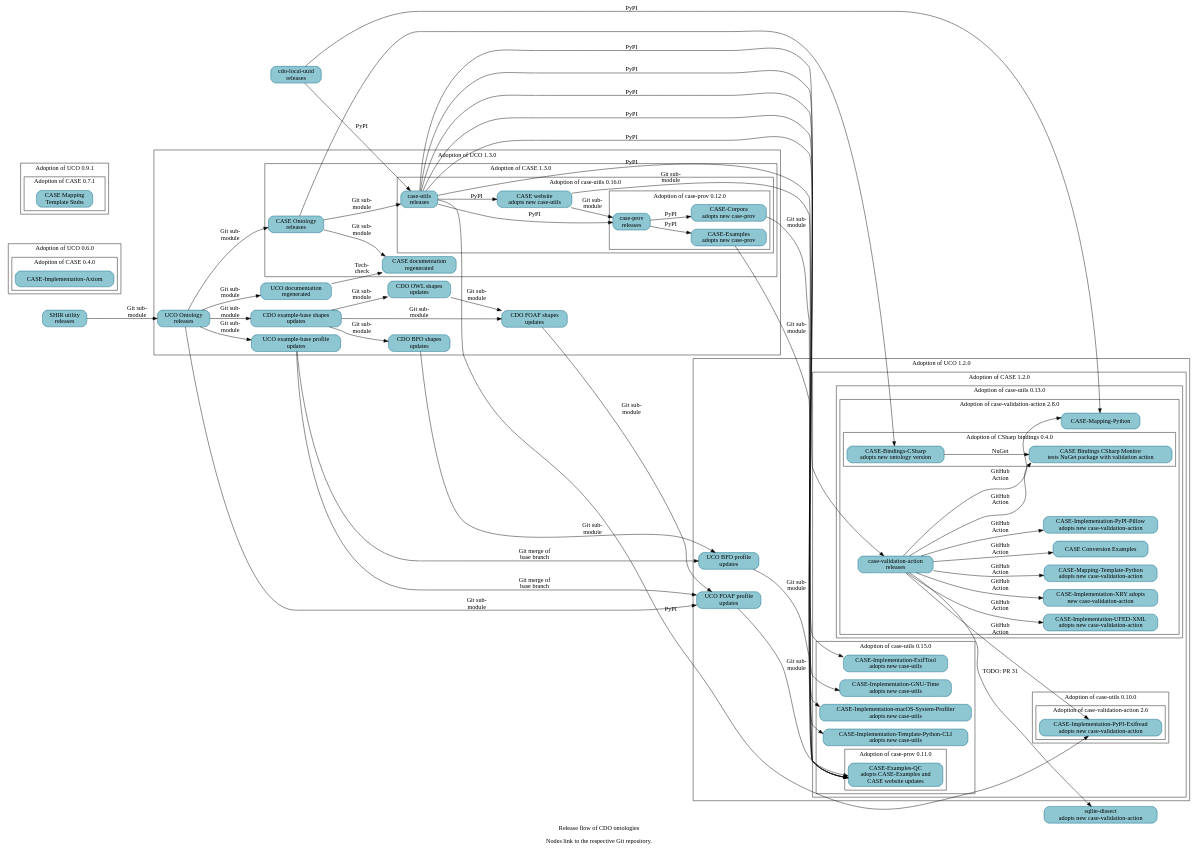
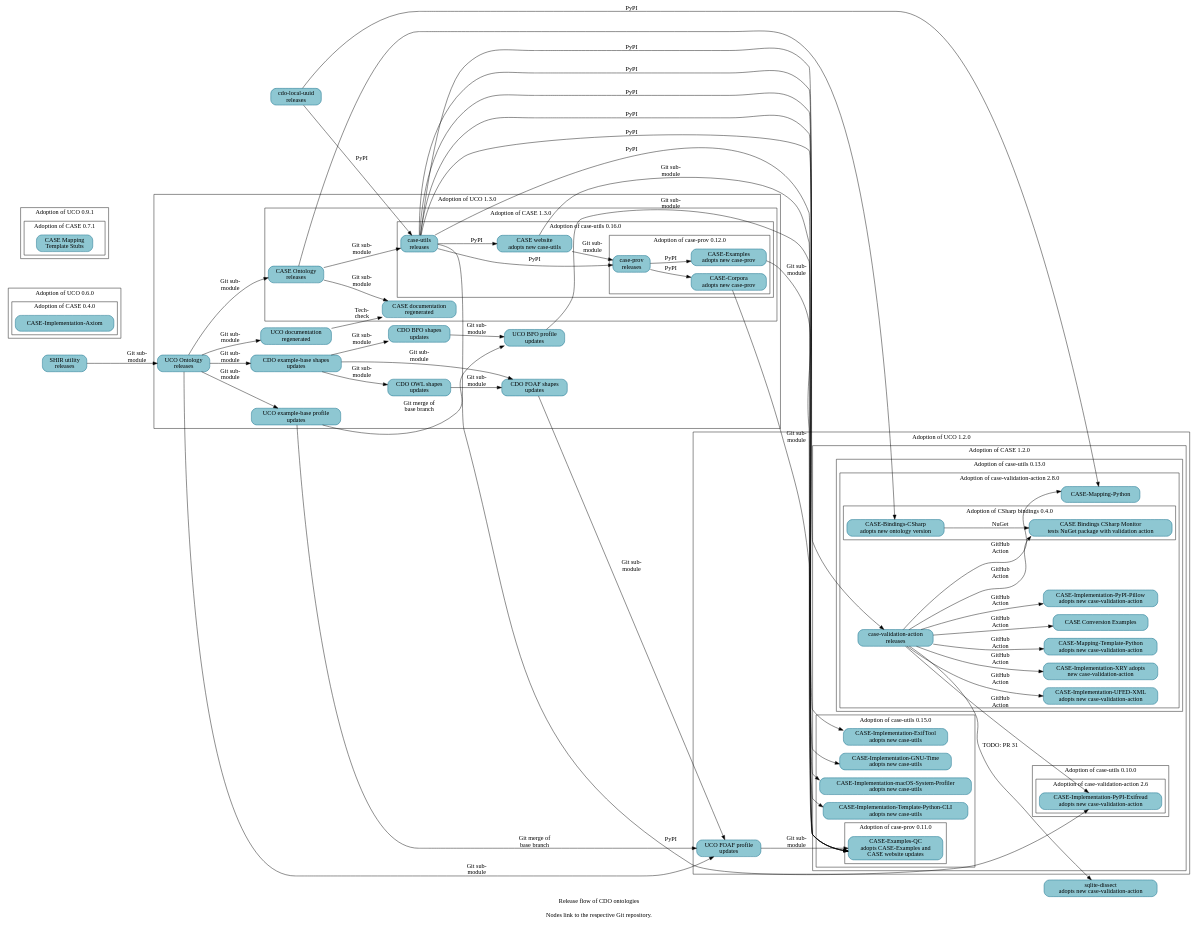
One commit to Cyber-Domain-Ontology/cdo.github.io changed the diagram in resources/project_release_flow.dot. Above: the diagram before and after it, drawn with Graphviz. The commit also changed other lines of this file, not shown here.

First line of the commit message:
Bump adoption of UCO

```diff
--- a/resources/project_release_flow.dot
+++ b/resources/project_release_flow.dot
@@ -1,173 +1,173 @@
 digraph "cdo_release_flow" {
   label = "Release flow of CDO ontologies\n\nNodes link to the respective Git repository." ;
   rankdir = "LR" ;
   node [shape="rectangle" style="filled,rounded" fillcolor="#8EC7D2" color="#0D6986"] ;
 
   // Define nodes in their corresponding progress subgraph.
 
   _GH__CYBER_DOMAIN_ONTOLOGY__CDO_UTILITY_LOCAL_UUID [URL="https://github.com/Cyber-Domain-Ontology/CDO-Utility-Local-UUID" label="cdo-local-uuid\nreleases"] ;
 
   subgraph cluster_uco_0_6_0 {
     label = "Adoption of UCO 0.6.0" ;
 
     subgraph cluster_case_0_4_0 {
       label = "Adoption of CASE 0.4.0" ;
       _GH__CASEWORK__CASE_IMPLEMENTATION_AXIOM [URL="https://github.com/casework/CASE-Implementation-Axiom" label="CASE-Implementation-Axiom"] ;
     }
   }
 
   subgraph cluster_uco_0_9_1 {
     label = "Adoption of UCO 0.9.1" ;
 
     subgraph cluster_case_0_7_1 {
       label = "Adoption of CASE 0.7.1" ;
       _GH__CASEWORK__CASE_MAPPING_TEMPLATE_STUBS [URL="https://github.com/casework/CASE-Mapping-Template-Stubs" label="CASE Mapping\nTemplate Stubs"] ;
     }
   }
 
   subgraph cluster_uco_1_2_0 {
     label = "Adoption of UCO 1.2.0" ;
 
-    _GH__UCOPROJECT__UCO_PROFILE_BFO [URL="https://github.com/ucoProject/UCO-Profile-BFO" label="UCO BFO profile\nupdates"] ;
     _GH__UCOPROJECT__UCO_PROFILE_FOAF [URL="https://github.com/ucoProject/UCO-Profile-FOAF" label="UCO FOAF profile\nupdates"] ;
 
     subgraph cluster_case_1_2_0 {
       label = "Adoption of CASE 1.2.0" ;
 
       subgraph cluster_case_utils_0_10_0 {
         label = "Adoption of case-utils 0.10.0" ;
 
         subgraph cluster_case_validation_action_2_6 {
           label = "Adoption of case-validation-action 2.6" ;
 
           _GH__CASEWORK__CASE_IMPLEMENTATION_PYPI_EXIFREAD [URL="https://github.com/casework/CASE-Implementation-PyPI-Exifread" label="CASE-Implementation-PyPI-Exifread\nadopts new case-validation-action"] ;
         }
       }
 
       subgraph cluster_case_utils_0_13_0 {
         label = "Adoption of case-utils 0.13.0" ;
 
         subgraph cluster_case_validation_action_2_8_0 {
           label = "Adoption of case-validation-action 2.8.0" ;
 
           _GH__KCHASON__CASE_VALIDATION_ACTION [URL="https://github.com/kchason/case-validation-action" label="case-validation-action\nreleases"] ;
           _GH__CASEWORK__CASE_EXAMPLES_CONVERSION [URL="https://github.com/casework/CASE-Examples-Conversion" label="CASE Conversion Examples"] ;
           _GH__CASEWORK__CASE_IMPLEMENTATION_PYPI_PILLOW [URL="https://github.com/casework/CASE-Implementation-PyPI-Pillow" label="CASE-Implementation-PyPI-Pillow\nadopts new case-validation-action"] ;
           _GH__CASEWORK__CASE_IMPLEMENTATION_UFED_XML [URL="https://github.com/casework/CASE-Implementation-UFED-XML" label="CASE-Implementation-UFED-XML\nadopts new case-validation-action"] ;
           _GH__CASEWORK__CASE_IMPLEMENTATION_XRY [URL="https://github.com/casework/CASE-Implementation-XRY" label="CASE-Implementation-XRY adopts\nnew case-validation-action"] ;
           _GH__CASEWORK__CASE_MAPPING_PYTHON [URL="https://github.com/casework/CASE-Mapping-Python/" label="CASE-Mapping-Python"] ;
           _GH__CASEWORK__CASE_MAPPING_TEMPLATE_PYTHON [URL="https://github.com/casework/CASE-Mapping-Template-Python" label="CASE-Mapping-Template-Python\nadopts new case-validation-action"] ;
 
           subgraph cluster_case_bindings_csharp_0_4_0 {
             label = "Adoption of CSharp bindings 0.4.0" ;
 
             _GH__CASEWORK__CASE_BINDINGS_CSHARP_MONITOR [URL="https://github.com/casework/CASE-Bindings-CSharp-Monitor" label="CASE Bindings CSharp Monitor\ntests NuGet package with validation action"] ;
             _GH__CIPHERTECHSOLUTIONS__CASE_BINDINGS_CSHARP [URL="https://github.com/ciphertechsolutions/CASE-Bindings-CSharp" label="CASE-Bindings-CSharp\nadopts new ontology version"] ;
           }
         }
       }
 
       subgraph cluster_case_utils_0_15_0 {
         label = "Adoption of case-utils 0.15.0" ;
 
         _GH__CASEWORK__CASE_IMPLEMENTATION_EXIFTOOL [URL="https://github.com/casework/CASE-Implementation-ExifTool" label="CASE-Implementation-ExifTool\nadopts new case-utils"] ;
         _GH__CASEWORK__CASE_IMPLEMENTATION_GNU_TIME [URL="https://github.com/casework/CASE-Implementation-GNU-Time" label="CASE-Implementation-GNU-Time\nadopts new case-utils"] ;
         _GH__CASEWORK__CASE_IMPLEMENTATION_MACOS_SYSTEM_PROFILER [URL="https://github.com/casework/CASE-Implementation-macOS-System-Profiler" label="CASE-Implementation-macOS-System-Profiler\nadopts new case-utils"] ;
         _GH__CASEWORK__CASE_IMPLEMENTATION_TEMPLATE_PYTHON_CLI [URL="https://github.com/casework/CASE-Implementation-Template-Python-CLI" label="CASE-Implementation-Template-Python-CLI\nadopts new case-utils"]
 
         subgraph cluster_case_prov_0_11_0 {
           label = "Adoption of case-prov 0.11.0" ;
 
           _GH__AJNELSON_NIST__CASE_EXAMPLES_QC [URL="https://github.com/ajnelson-nist/CASE-Examples-QC" label="CASE-Examples-QC\nadopts CASE-Examples and\nCASE website updates"] ;
         }
       }
     }
   }
 
   subgraph cluster_uco_1_3_0 {
     label = "Adoption of UCO 1.3.0" ;
 
     _GH__CYBER_DOMAIN_ONTOLOGY__CDO_SHAPES_BFO [URL="https://github.com/Cyber-Domain-Ontology/CDO-Shapes-BFO" label="CDO BFO shapes\nupdates"] ;
     _GH__CYBER_DOMAIN_ONTOLOGY__CDO_SHAPES_EXAMPLE [URL="https://github.com/Cyber-Domain-Ontology/CDO-Shapes-Example" label="CDO example-base shapes\nupdates"] ;
     _GH__CYBER_DOMAIN_ONTOLOGY__CDO_SHAPES_FOAF [URL="https://github.com/Cyber-Domain-Ontology/CDO-Shapes-FOAF" label="CDO FOAF shapes\nupdates"] ;
     _GH__CYBER_DOMAIN_ONTOLOGY__CDO_SHAPES_OWL [URL="https://github.com/Cyber-Domain-Ontology/CDO-Shapes-OWL" label="CDO OWL shapes\nupdates"] ;
     _GH__UCOPROJECT__ONTOLOGY_UNIFIEDCYBERONTOLOGY_ORG [URL="https://github.com/ucoProject/ontology.unifiedcyberontology.org" label="UCO documentation\nregenerated"] ;
     _GH__UCOPROJECT__UCO [URL="https://github.com/ucoProject/UCO" label="UCO Ontology\nreleases"] ;
+    _GH__UCOPROJECT__UCO_PROFILE_BFO [URL="https://github.com/ucoProject/UCO-Profile-BFO" label="UCO BFO profile\nupdates"] ;
     _GH__UCOPROJECT__UCO_PROFILE_EXAMPLE [URL="https://github.com/ucoProject/UCO-Profile-Example" label="UCO example-base profile\nupdates"] ;
 
     subgraph cluster_case_1_2_0 {
       label = "Adoption of CASE 1.3.0" ;
 
       _GH__CASEWORK__CASE [URL="https://github.com/casework/CASE" label="CASE Ontology\nreleases"] ;
       _GH__CASEWORK__ONTOLOGY_CASEONTOLOGY_ORG [URL="https://github.com/casework/ontology.caseontology.org" label="CASE documentation\nregenerated"] ;
 
       subgraph cluster_case_utils_0_16_0 {
         label = "Adoption of case-utils 0.16.0" ;
 
         _GH__CASEWORK__CASE_UTILITIES_PYTHON [URL="https://github.com/casework/CASE-Utilities-Python" label="case-utils\nreleases"] ;
         _GH__CASEWORK__CASEWORK_GITHUB_IO [URL="https://github.com/casework/casework.github.io" label="CASE website\nadopts new case-utils"] ;
 
         subgraph cluster_case_prov_0_12_0 {
           label = "Adoption of case-prov 0.12.0" ;
 
           _GH__CASEWORK__CASE_CORPORA [URL="https://github.com/casework/CASE-Corpora" label="CASE-Corpora\nadopts new case-prov"] ;
           _GH__CASEWORK__CASE_EXAMPLES [URL="https://github.com/casework/CASE-Examples" label="CASE-Examples\nadopts new case-prov"] ;
           _GH__CASEWORK__CASE_IMPLEMENTATION_PROV_O [URL="https://github.com/casework/CASE-Implementation-PROV-O" label="case-prov\nreleases"] ;
         }
       }
     }
   }
 
   _GH__CASEWORK__CASE_UTILITY_SHACL_INHERITANCE_REVIEWER [URL="https://github.com/casework/CASE-Utility-SHACL-Inheritance-Reviewer" label="SHIR utility\nreleases"] ;
   _GH__DOD_CYBER_CRIME_CENTER__SQLITE_DISSECT [URL="https://github.com/dod-cyber-crime-center/sqlite-dissect" label="sqlite-dissect\nadopts new case-validation-action"] ;
 
   // Begin edges
 
   _GH__CASEWORK__CASEWORK_GITHUB_IO -> _GH__CASEWORK__CASE_IMPLEMENTATION_PROV_O [label="Git sub-\nmodule"] ;
   _GH__CASEWORK__CASE_CORPORA -> _GH__AJNELSON_NIST__CASE_EXAMPLES_QC [label="Git sub-\nmodule"] ;
   _GH__CASEWORK__CASE -> _GH__CASEWORK__CASE_UTILITIES_PYTHON [label="Git sub-\nmodule"] ;
   _GH__CASEWORK__CASE -> _GH__CIPHERTECHSOLUTIONS__CASE_BINDINGS_CSHARP ;
   _GH__CASEWORK__CASE -> _GH__CASEWORK__ONTOLOGY_CASEONTOLOGY_ORG [label="Git sub-\nmodule"] ; 
   _GH__CASEWORK__CASE_EXAMPLES -> _GH__AJNELSON_NIST__CASE_EXAMPLES_QC [label="Git sub-\nmodule"] ;
   _GH__CASEWORK__CASE_IMPLEMENTATION_PROV_O -> _GH__CASEWORK__CASE_CORPORA [label="PyPI"] ;
   _GH__CASEWORK__CASE_IMPLEMENTATION_PROV_O -> _GH__CASEWORK__CASE_EXAMPLES [label="PyPI"] ;
   _GH__CASEWORK__CASE_UTILITIES_PYTHON -> _GH__AJNELSON_NIST__CASE_EXAMPLES_QC [label="PyPI"] ;
   _GH__CASEWORK__CASE_UTILITIES_PYTHON -> _GH__CASEWORK__CASE_IMPLEMENTATION_EXIFTOOL [label="PyPI"] ;
   _GH__CASEWORK__CASE_UTILITIES_PYTHON -> _GH__CASEWORK__CASE_IMPLEMENTATION_GNU_TIME [label="PyPI"] ;
   _GH__CASEWORK__CASE_UTILITIES_PYTHON -> _GH__CASEWORK__CASE_IMPLEMENTATION_MACOS_SYSTEM_PROFILER [label="PyPI"] ;
   _GH__CASEWORK__CASE_UTILITIES_PYTHON -> _GH__CASEWORK__CASE_IMPLEMENTATION_PROV_O [label="PyPI"] ;
   _GH__CASEWORK__CASE_UTILITIES_PYTHON -> _GH__CASEWORK__CASE_IMPLEMENTATION_PYPI_EXIFREAD [label="PyPI"] ;
   _GH__CASEWORK__CASE_UTILITIES_PYTHON -> _GH__CASEWORK__CASE_IMPLEMENTATION_TEMPLATE_PYTHON_CLI [label="PyPI"];
   _GH__CASEWORK__CASE_UTILITIES_PYTHON -> _GH__KCHASON__CASE_VALIDATION_ACTION [label="PyPI"] ;
   _GH__CASEWORK__CASE_UTILITIES_PYTHON -> _GH__CASEWORK__CASEWORK_GITHUB_IO [label="PyPI"] ;
   _GH__CASEWORK__CASE_UTILITY_SHACL_INHERITANCE_REVIEWER -> _GH__UCOPROJECT__UCO [label="Git sub-\nmodule"] ;
   _GH__CASEWORK__CASEWORK_GITHUB_IO -> _GH__AJNELSON_NIST__CASE_EXAMPLES_QC [label="Git sub-\nmodule"] ;
   _GH__CIPHERTECHSOLUTIONS__CASE_BINDINGS_CSHARP -> _GH__CASEWORK__CASE_BINDINGS_CSHARP_MONITOR [label="NuGet"] ;
   _GH__CYBER_DOMAIN_ONTOLOGY__CDO_UTILITY_LOCAL_UUID -> _GH__CASEWORK__CASE_MAPPING_PYTHON [label="PyPI"] ;
   _GH__CYBER_DOMAIN_ONTOLOGY__CDO_UTILITY_LOCAL_UUID -> _GH__CASEWORK__CASE_UTILITIES_PYTHON [label="PyPI"] ;
   _GH__CYBER_DOMAIN_ONTOLOGY__CDO_SHAPES_BFO -> _GH__UCOPROJECT__UCO_PROFILE_BFO [label="Git sub-\nmodule"] ;
   _GH__CYBER_DOMAIN_ONTOLOGY__CDO_SHAPES_EXAMPLE -> _GH__CYBER_DOMAIN_ONTOLOGY__CDO_SHAPES_BFO [label="Git sub-\nmodule"] ;
   _GH__CYBER_DOMAIN_ONTOLOGY__CDO_SHAPES_EXAMPLE -> _GH__CYBER_DOMAIN_ONTOLOGY__CDO_SHAPES_FOAF [label="Git sub-\nmodule"] ;
   _GH__CYBER_DOMAIN_ONTOLOGY__CDO_SHAPES_EXAMPLE -> _GH__CYBER_DOMAIN_ONTOLOGY__CDO_SHAPES_OWL [label="Git sub-\nmodule"] ;
   _GH__CYBER_DOMAIN_ONTOLOGY__CDO_SHAPES_FOAF -> _GH__UCOPROJECT__UCO_PROFILE_FOAF [label="Git sub-\nmodule"] ;
   _GH__CYBER_DOMAIN_ONTOLOGY__CDO_SHAPES_OWL -> _GH__CYBER_DOMAIN_ONTOLOGY__CDO_SHAPES_FOAF [label="Git sub-\nmodule"] ;
   _GH__KCHASON__CASE_VALIDATION_ACTION -> _GH__CASEWORK__CASE_BINDINGS_CSHARP_MONITOR [label="GitHub\nAction"] ;
   _GH__KCHASON__CASE_VALIDATION_ACTION -> _GH__CASEWORK__CASE_EXAMPLES_CONVERSION [label="GitHub\nAction"];
   _GH__KCHASON__CASE_VALIDATION_ACTION -> _GH__CASEWORK__CASE_IMPLEMENTATION_PYPI_EXIFREAD [label="GitHub\nAction"] ;
   _GH__KCHASON__CASE_VALIDATION_ACTION -> _GH__CASEWORK__CASE_IMPLEMENTATION_PYPI_PILLOW [label="GitHub\nAction"] ;
   _GH__KCHASON__CASE_VALIDATION_ACTION -> _GH__CASEWORK__CASE_IMPLEMENTATION_UFED_XML [label="GitHub\nAction"] ;
   _GH__KCHASON__CASE_VALIDATION_ACTION -> _GH__CASEWORK__CASE_IMPLEMENTATION_XRY [label="GitHub\nAction"] ;
   _GH__KCHASON__CASE_VALIDATION_ACTION -> _GH__CASEWORK__CASE_MAPPING_PYTHON [label="GitHub\nAction"] ;
   _GH__KCHASON__CASE_VALIDATION_ACTION -> _GH__CASEWORK__CASE_MAPPING_TEMPLATE_PYTHON [label="GitHub\nAction"] ;
   _GH__KCHASON__CASE_VALIDATION_ACTION -> _GH__DOD_CYBER_CRIME_CENTER__SQLITE_DISSECT [URL="https://github.com/dod-cyber-crime-center/sqlite-dissect/pull/31" label="TODO: PR 31"] ;
   _GH__UCOPROJECT__ONTOLOGY_UNIFIEDCYBERONTOLOGY_ORG -> _GH__CASEWORK__ONTOLOGY_CASEONTOLOGY_ORG [label="Tech-\ncheck"];
   _GH__UCOPROJECT__UCO -> _GH__CASEWORK__CASE [label="Git sub-\nmodule"] ;
   _GH__UCOPROJECT__UCO -> _GH__CYBER_DOMAIN_ONTOLOGY__CDO_SHAPES_EXAMPLE [label="Git sub-\nmodule"] ;
   _GH__UCOPROJECT__UCO -> _GH__UCOPROJECT__ONTOLOGY_UNIFIEDCYBERONTOLOGY_ORG [label="Git sub-\nmodule"] ;
   _GH__UCOPROJECT__UCO -> _GH__UCOPROJECT__UCO_PROFILE_EXAMPLE [label="Git sub-\nmodule"] ;
   _GH__UCOPROJECT__UCO -> _GH__UCOPROJECT__UCO_PROFILE_FOAF [label="Git sub-\nmodule"] ;
   _GH__UCOPROJECT__UCO_PROFILE_BFO -> _GH__AJNELSON_NIST__CASE_EXAMPLES_QC [label="Git sub-\nmodule"] ;
   _GH__UCOPROJECT__UCO_PROFILE_EXAMPLE -> _GH__UCOPROJECT__UCO_PROFILE_BFO [label="Git merge of\nbase branch"] ;
   _GH__UCOPROJECT__UCO_PROFILE_EXAMPLE -> _GH__UCOPROJECT__UCO_PROFILE_FOAF [label="Git merge of\nbase branch"] ;
   _GH__UCOPROJECT__UCO_PROFILE_FOAF -> _GH__AJNELSON_NIST__CASE_EXAMPLES_QC [label="Git sub-\nmodule"] ;
 }
```
